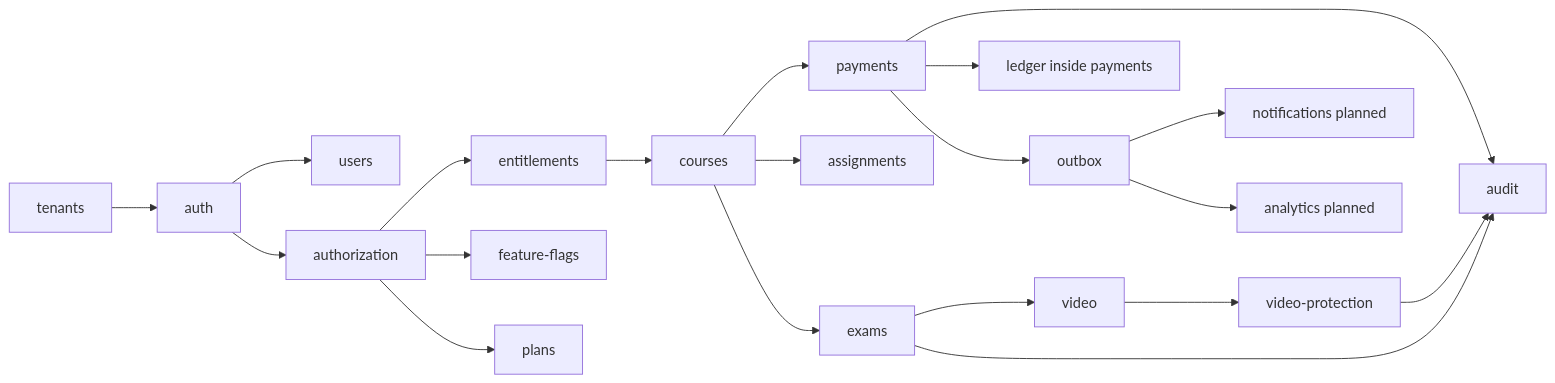
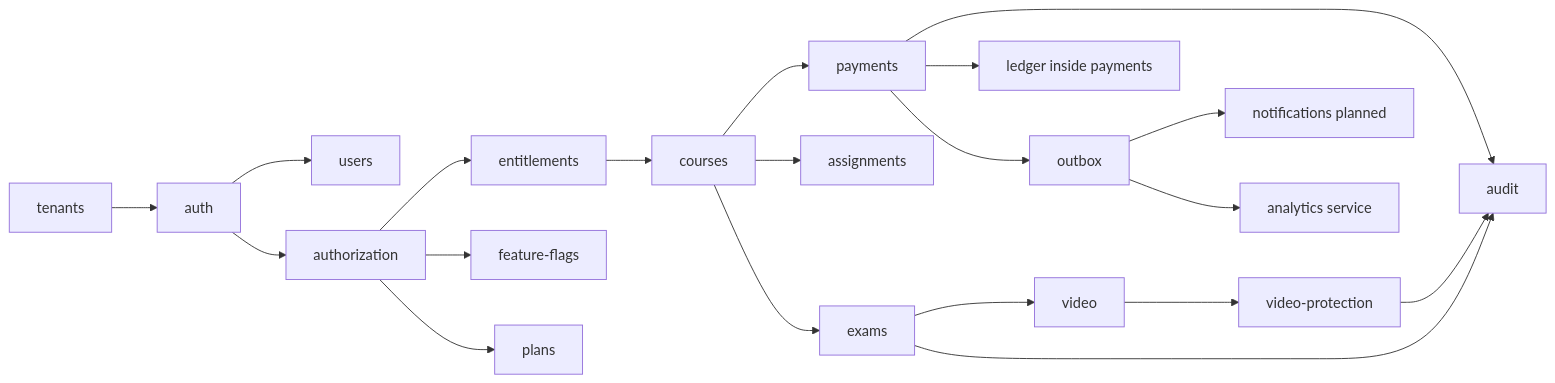
The third of 10 diagrams in README.md (omarahameds2010-lab/sanad-edtech), drawn with Mermaid before and after one commit. The commit also changed other lines of this file and 17 other files, not shown here.

````diff
--- a/README.md
+++ b/README.md
@@ -468,22 +468,22 @@
 ```mermaid
 graph LR
     TEN[tenants] --> AUTH[auth]
     AUTH --> USERS[users]
     AUTH --> POL[authorization]
     POL --> ENT[entitlements]
     POL --> FLAGS[feature-flags]
     POL --> PLANS[plans]
     ENT --> COURSES[courses]
     COURSES --> EXAMS[exams]
     COURSES --> ASSIGN[assignments]
     EXAMS --> VIDEO[video]
     VIDEO --> VPROT[video-protection]
     COURSES --> PAY[payments]
     PAY --> LEDGER[ledger inside payments]
     PAY --> OUTBOX[outbox]
     OUTBOX --> NOTIF[notifications planned]
-    OUTBOX --> ANALYTICS[analytics planned]
+    OUTBOX --> ANALYTICS[analytics service]
     PAY --> AUDIT[audit]
     VPROT --> AUDIT
     EXAMS --> AUDIT
 ```
````
